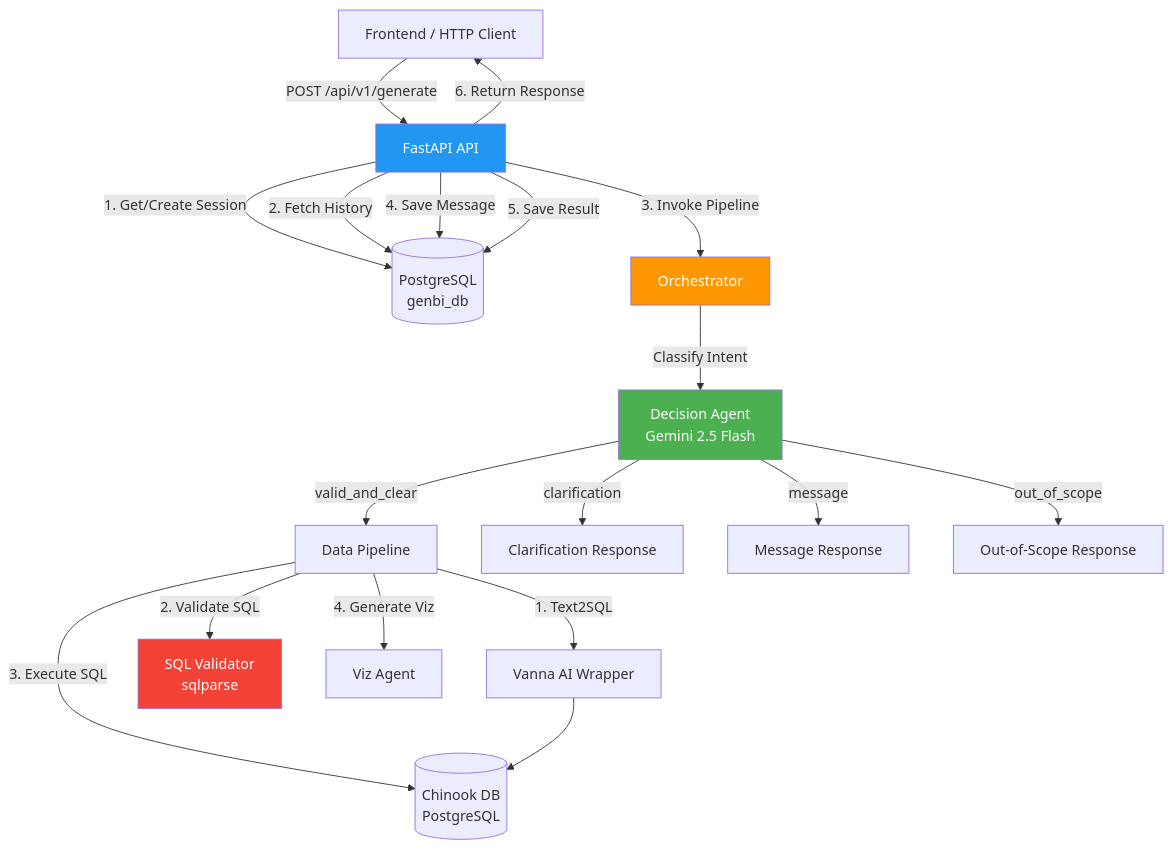
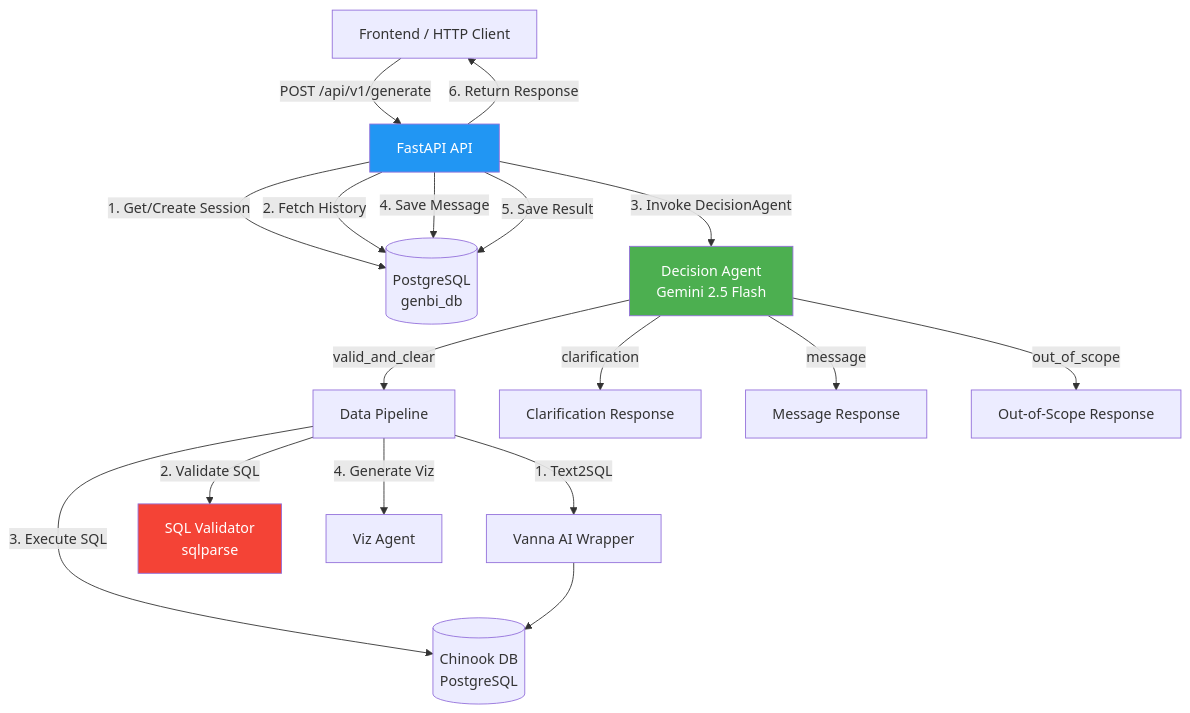
The diagram in specs/TFG-13-crear-agente-decisor/plan.md (trabajo-final-de-grado-gendash/backend), drawn with Mermaid before and after one commit. The commit also changed other lines of this file and 5 other files, not shown here.

````diff
--- a/specs/TFG-13-crear-agente-decisor/plan.md
+++ b/specs/TFG-13-crear-agente-decisor/plan.md
@@ -173,31 +168,28 @@
 ```mermaid
 graph TD
     Client[Frontend / HTTP Client] -->|POST /api/v1/generate| API[FastAPI API]
     
     API -->|1. Get/Create Session| DB[(PostgreSQL<br/>genbi_db)]
     API -->|2. Fetch History| DB
-    API -->|3. Invoke Pipeline| ORCH[Orchestrator]
-    
-    ORCH -->|Classify Intent| DA[Decision Agent<br/>Gemini 2.5 Flash]
+    API -->|3. Invoke DecisionAgent| DA[Decision Agent<br/>Gemini 2.5 Flash]
     
     DA -->|valid_and_clear| PIPELINE[Data Pipeline]
     DA -->|clarification| RESP_CLAR[Clarification Response]
     DA -->|message| RESP_MSG[Message Response]
     DA -->|out_of_scope| RESP_OOS[Out-of-Scope Response]
     
     PIPELINE -->|1. Text2SQL| VANNA[Vanna AI Wrapper]
     PIPELINE -->|2. Validate SQL| SQLVAL[SQL Validator<br/>sqlparse]
     PIPELINE -->|3. Execute SQL| CHINOOK[(Chinook DB<br/>PostgreSQL)]
     PIPELINE -->|4. Generate Viz| VIZ[Viz Agent]
     
     VANNA --> CHINOOK
     
     API -->|4. Save Message| DB
     API -->|5. Save Result| DB
     API -->|6. Return Response| Client
 
     style DA fill:#4CAF50,color:#fff
     style API fill:#2196F3,color:#fff
-    style ORCH fill:#FF9800,color:#fff
     style SQLVAL fill:#f44336,color:#fff
 ```
````
